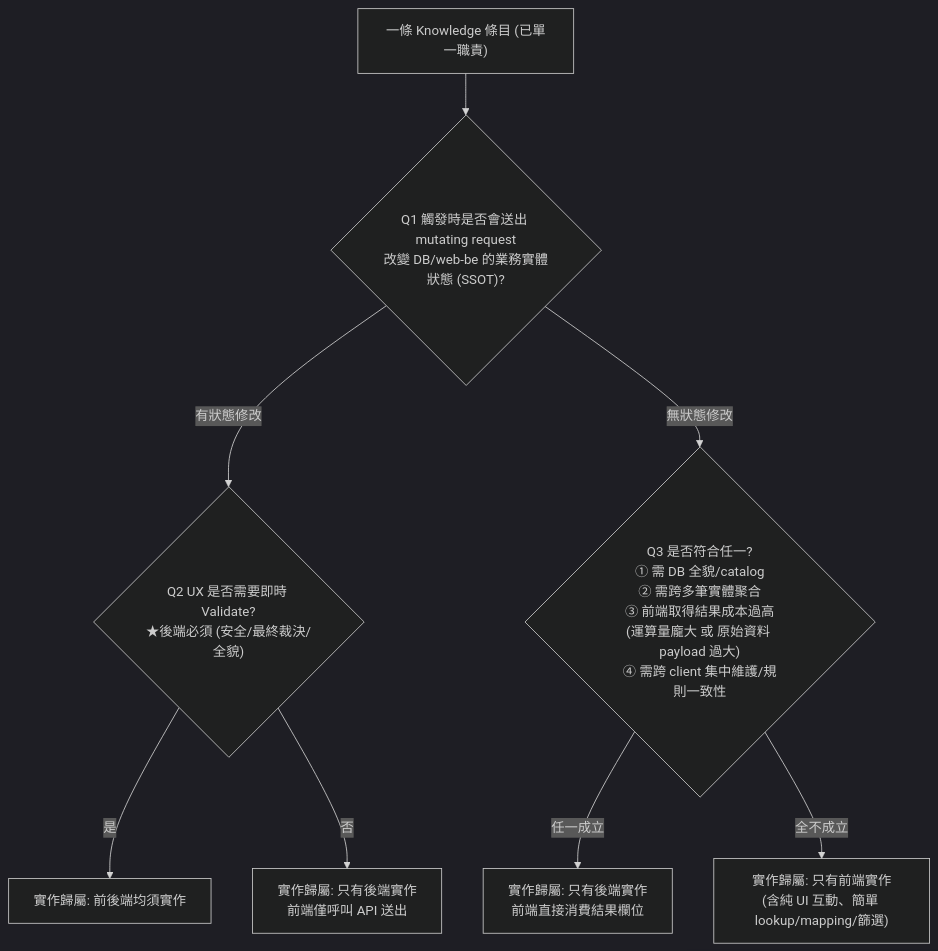
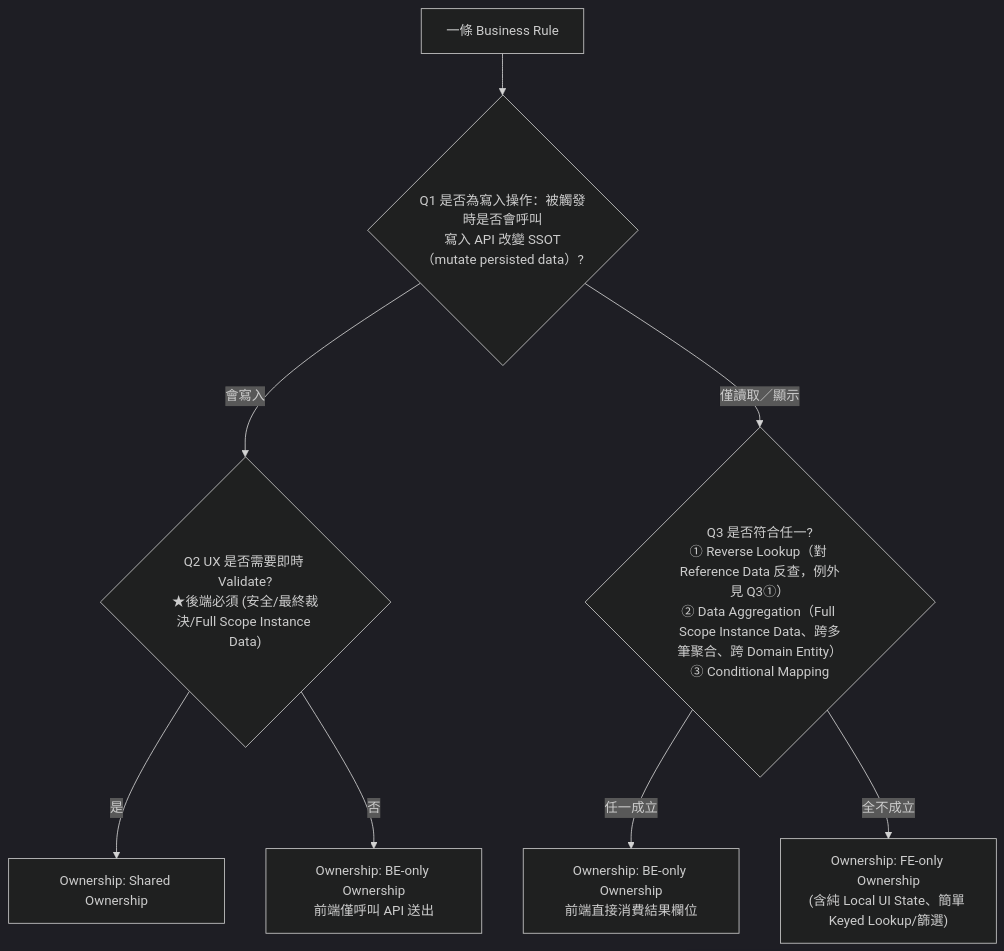
The diagram in skills/knowledge-implementation-guideline/SKILL.md (Fangtsailo/adam_auto_skills), drawn with Mermaid (dark theme) before and after one commit. The commit also changed other lines of this file and 2 other files, not shown here.

First line of the commit message:
update(skills): align knowledge-implementation-guideline with Business Rule Ownership

````diff
--- a/skills/knowledge-implementation-guideline/SKILL.md
+++ b/skills/knowledge-implementation-guideline/SKILL.md
@@ -41,11 +56,11 @@
 ```mermaid
 flowchart TD
-    START["一條 Knowledge 條目 (已單一職責)"] --> Q1{"Q1 觸發時是否會送出 mutating request<br/>改變 DB/web-be 的業務實體狀態 (SSOT)?"}
-    Q1 -->|有狀態修改| Q2{"Q2 UX 是否需要即時 Validate?<br/>★後端必須 (安全/最終裁決/全貌)"}
-    Q2 -->|是| OWN_BOTH["實作歸屬: 前後端均須實作"]
-    Q2 -->|否| OWN_BE1["實作歸屬: 只有後端實作<br/>前端僅呼叫 API 送出"]
+    START["一條 Business Rule"] --> Q1{"Q1 是否為寫入操作：被觸發時是否會呼叫<br/>寫入 API 改變 SSOT（mutate persisted data）?"}
+    Q1 -->|會寫入| Q2{"Q2 UX 是否需要即時 Validate?<br/>★後端必須 (安全/最終裁決/Full Scope Instance Data)"}
+    Q2 -->|是| OWN_BOTH["Ownership: Shared Ownership"]
+    Q2 -->|否| OWN_BE1["Ownership: BE-only Ownership<br/>前端僅呼叫 API 送出"]
 
-    Q1 -->|無狀態修改| Q3{"Q3 是否符合任一?<br/>① 需 DB 全貌/catalog<br/>② 需跨多筆實體聚合<br/>③ 前端取得結果成本過高<br/>(運算量龐大 或 原始資料 payload 過大)<br/>④ 需跨 client 集中維護/規則一致性"}
-    Q3 -->|任一成立| OWN_BE2["實作歸屬: 只有後端實作<br/>前端直接消費結果欄位"]
-    Q3 -->|全不成立| OWN_FE["實作歸屬: 只有前端實作<br/>(含純 UI 互動、簡單 lookup/mapping/篩選)"]
+    Q1 -->|僅讀取／顯示| Q3{"Q3 是否符合任一?<br/>① Reverse Lookup（對 Reference Data 反查，例外見 Q3①）<br/>② Data Aggregation（Full Scope Instance Data、跨多筆聚合、跨 Domain Entity）<br/>③ Conditional Mapping"}
+    Q3 -->|任一成立| OWN_BE2["Ownership: BE-only Ownership<br/>前端直接消費結果欄位"]
+    Q3 -->|全不成立| OWN_FE["Ownership: FE-only Ownership<br/>(含純 Local UI State、簡單 Keyed Lookup/篩選)"]
 ```
````
